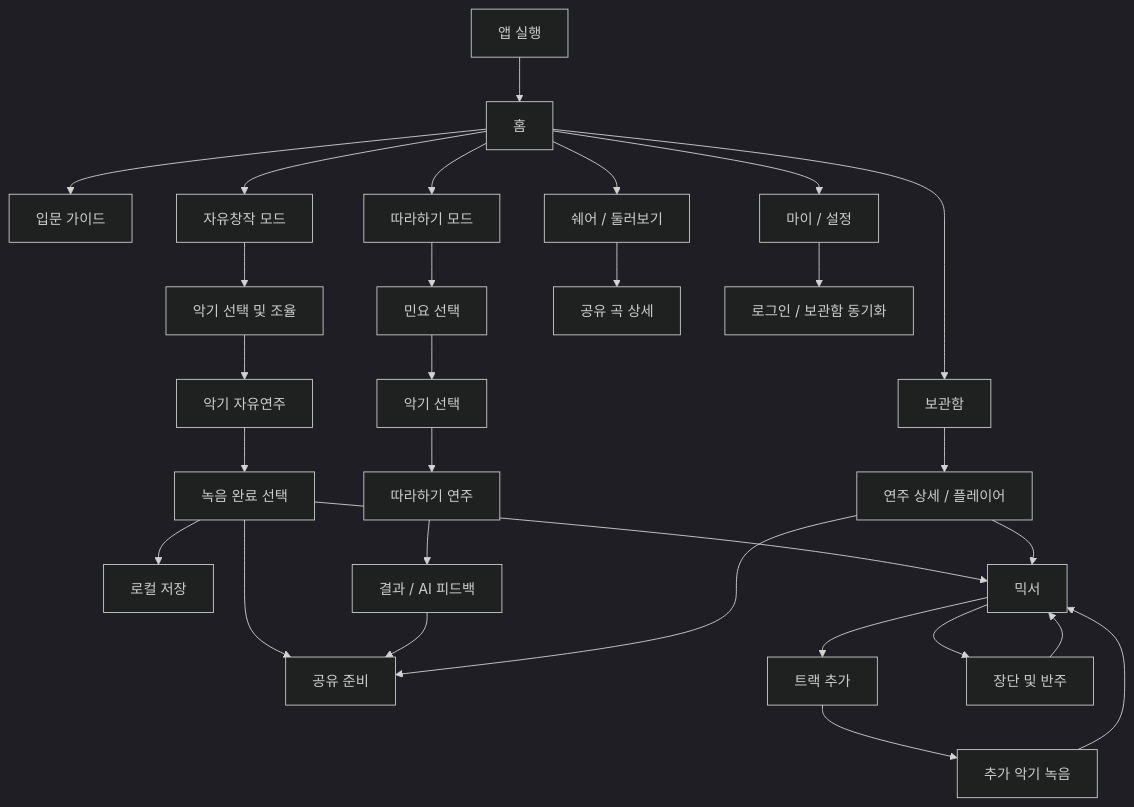
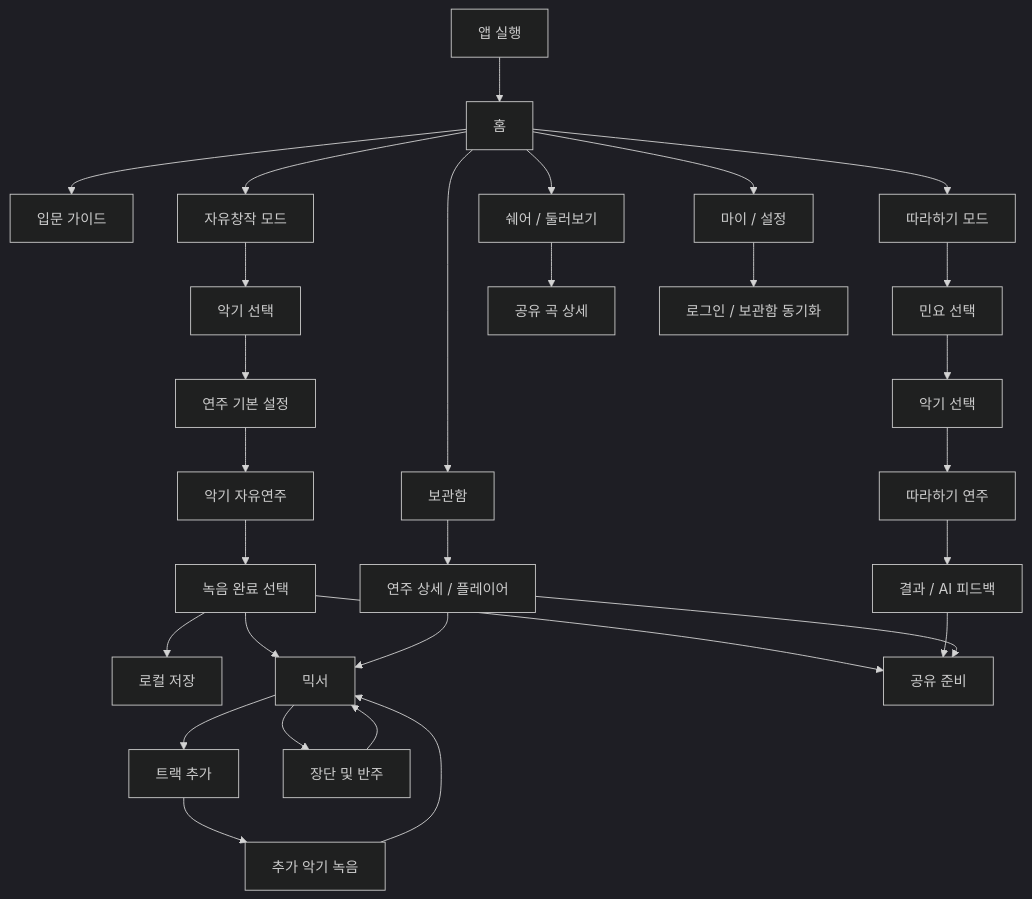
The diagram in front/docs/product/screen-flow/current-screen-flow.md (logan0741/GARAK-AI-Gugak-Studio), drawn with Mermaid (dark theme) before and after one commit. The commit also changed other lines of this file and 2 other files, not shown here.

````diff
--- a/front/docs/product/screen-flow/current-screen-flow.md
+++ b/front/docs/product/screen-flow/current-screen-flow.md
@@ -97,38 +97,39 @@
 ```mermaid
 flowchart TD
     App["앱 실행"] --> Home["홈"]
 
     Home --> Guide["입문 가이드"]
     Home --> FreeMode["자유창작 모드"]
     Home --> PracticeEntry["따라하기 모드"]
     Home --> Library["보관함"]
     Home --> ShareFeed["쉐어 / 둘러보기"]
     Home --> Settings["마이 / 설정"]
 
-    FreeMode --> InstrumentSettings["악기 선택 및 조율"]
-    InstrumentSettings --> FreePlay["악기 자유연주"]
+    FreeMode --> InstrumentSettings["악기 선택"]
+    InstrumentSettings --> PlayDefaults["연주 기본 설정"]
+    PlayDefaults --> FreePlay["악기 자유연주"]
 
     FreePlay --> RecordDone["녹음 완료 선택"]
     RecordDone --> SaveLocal["로컬 저장"]
     RecordDone --> Mixer["믹서"]
     RecordDone --> SharePrepare["공유 준비"]
 
     Mixer --> AddTrack["트랙 추가"]
     AddTrack --> ExtraInstrumentRecord["추가 악기 녹음"]
     ExtraInstrumentRecord --> Mixer
     Mixer --> JangdanPanel["장단 및 반주"]
     JangdanPanel --> Mixer
 
     PracticeEntry --> SongSelect["민요 선택"]
     SongSelect --> PracticeInstrument["악기 선택"]
     PracticeInstrument --> PracticePlay["따라하기 연주"]
     PracticePlay --> PracticeResult["결과 / AI 피드백"]
     PracticeResult --> SharePrepare
 
     Library --> RecordingDetail["연주 상세 / 플레이어"]
     RecordingDetail --> Mixer
     RecordingDetail --> SharePrepare
 
     ShareFeed --> SharedDetail["공유 곡 상세"]
     Settings --> LoginSync["로그인 / 보관함 동기화"]
 ```
````
